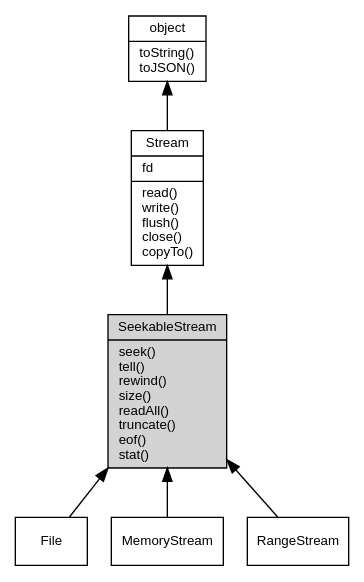
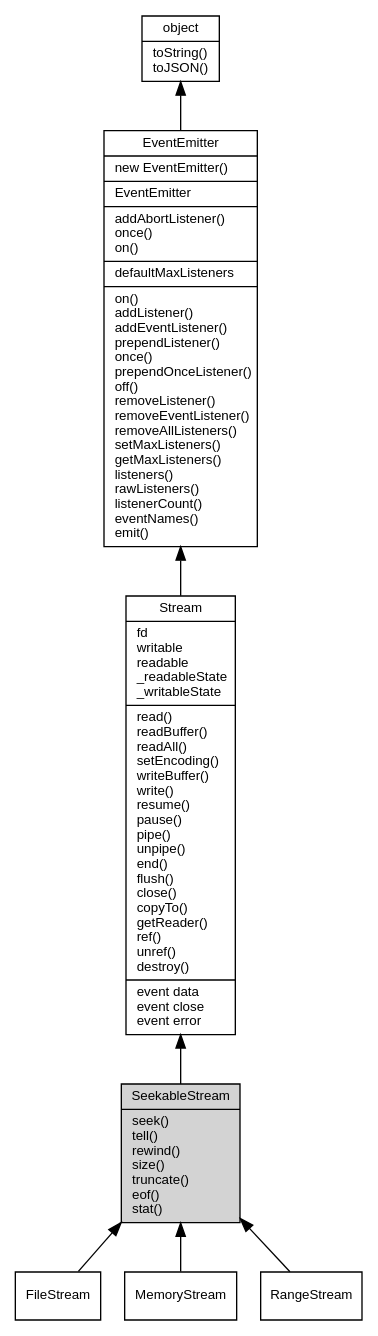
The diagram in docs/manual/object/ifs/SeekableStream.md (fibjs/fibjs.org), drawn with Graphviz before and after one commit. The commit also changed other lines of this file and 148 other files, not shown here.

First line of the commit message:
feat: add ZlibCodec documentation and update object graph

````diff
--- a/docs/manual/object/ifs/SeekableStream.md
+++ b/docs/manual/object/ifs/SeekableStream.md
@@ -5,18 +5,20 @@
 ```dot
 digraph {
     node [fontname="Helvetica,sans-Serif", fontsize=10, shape="record", style="filled", fillcolor="white"];
 
     object [tooltip="object", URL="object.md", label="{object|toString()\ltoJSON()\l}"];
-    Stream [tooltip="Stream", URL="Stream.md", label="{Stream|fd\l|read()\lwrite()\lflush()\lclose()\lcopyTo()\l}"];
-    SeekableStream [tooltip="SeekableStream", fillcolor="lightgray", id="me", label="{SeekableStream|seek()\ltell()\lrewind()\lsize()\lreadAll()\ltruncate()\leof()\lstat()\l}"];
-    File [tooltip="File", URL="File.md", label="{File}"];
+    EventEmitter [tooltip="EventEmitter", URL="EventEmitter.md", label="{EventEmitter|new EventEmitter()\l|EventEmitter\l|addAbortListener()\lonce()\lon()\l|defaultMaxListeners\l|on()\laddListener()\laddEventListener()\lprependListener()\lonce()\lprependOnceListener()\loff()\lremoveListener()\lremoveEventListener()\lremoveAllListeners()\lsetMaxListeners()\lgetMaxListeners()\llisteners()\lrawListeners()\llistenerCount()\leventNames()\lemit()\l}"];
+    Stream [tooltip="Stream", URL="Stream.md", label="{Stream|fd\lwritable\lreadable\l_readableState\l_writableState\l|read()\lreadBuffer()\lreadAll()\lsetEncoding()\lwriteBuffer()\lwrite()\lresume()\lpause()\lpipe()\lunpipe()\lend()\lflush()\lclose()\lcopyTo()\lgetReader()\lref()\lunref()\ldestroy()\l|event data\levent close\levent error\l}"];
+    SeekableStream [tooltip="SeekableStream", fillcolor="lightgray", id="me", label="{SeekableStream|seek()\ltell()\lrewind()\lsize()\ltruncate()\leof()\lstat()\l}"];
+    FileStream [tooltip="FileStream", URL="FileStream.md", label="{FileStream}"];
     MemoryStream [tooltip="MemoryStream", URL="MemoryStream.md", label="{MemoryStream}"];
     RangeStream [tooltip="RangeStream", URL="RangeStream.md", label="{RangeStream}"];
 
-    object -> Stream [dir=back];
+    object -> EventEmitter [dir=back];
+    EventEmitter -> Stream [dir=back];
     Stream -> SeekableStream [dir=back];
-    SeekableStream -> File [dir=back];
+    SeekableStream -> FileStream [dir=back];
     SeekableStream -> MemoryStream [dir=back];
     SeekableStream -> RangeStream [dir=back];
 }
 ```
````
